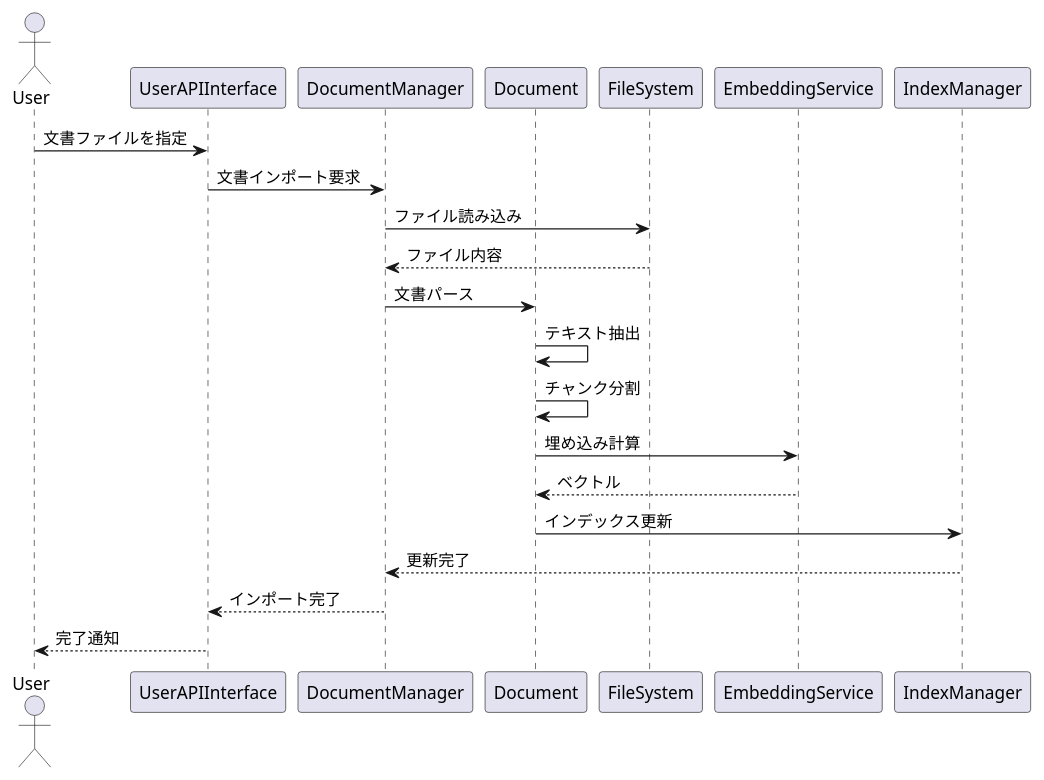
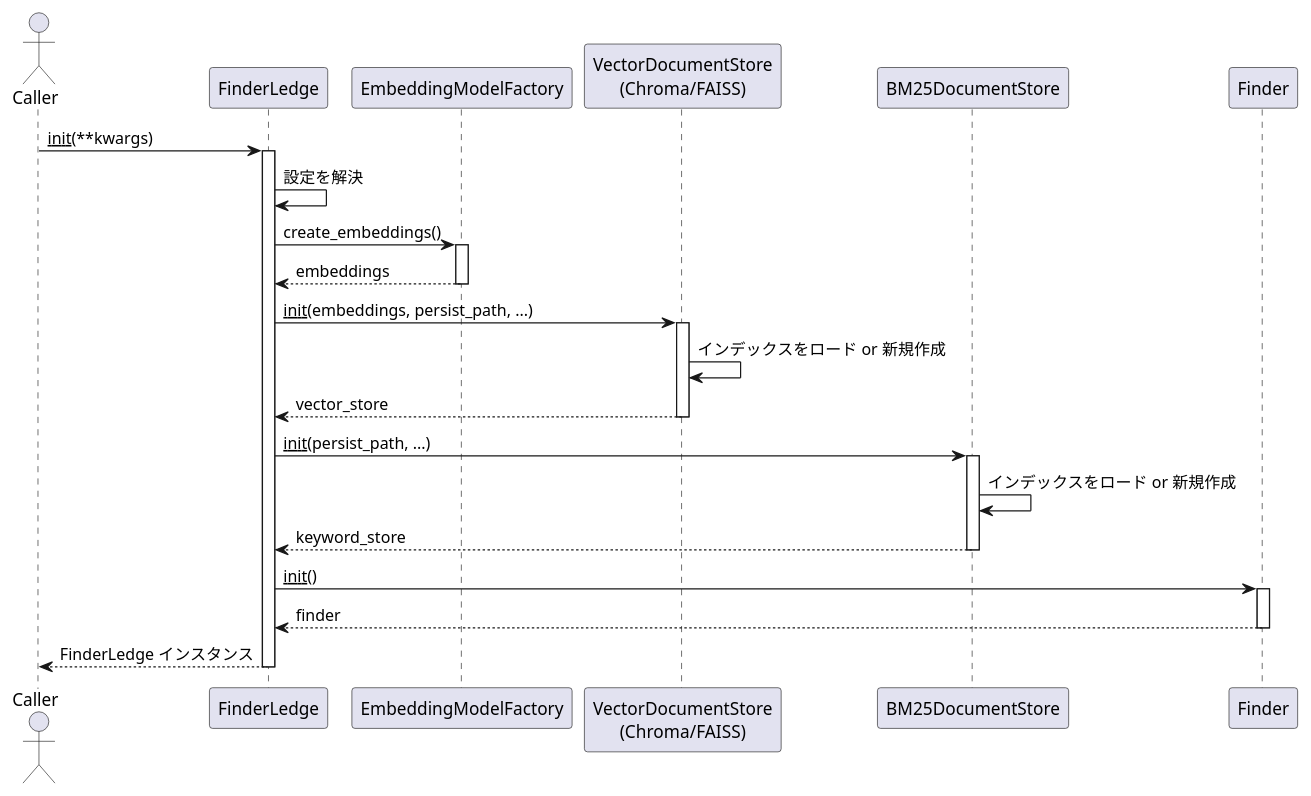
One commit to kitfactory/findaledge changed the first of 6 diagrams in docs/function_spec.md. Above: the diagram before and after it, drawn with PlantUML. The commit also changed other lines of this file and 3 other files, not shown here.

````diff
--- a/docs/function_spec.md
+++ b/docs/function_spec.md
@@ -15,25 +21,38 @@
 ```plantuml
 @startuml
-actor User
-participant "UserAPIInterface" as API
-participant "DocumentManager" as DM
-participant "Document" as Doc
-participant "FileSystem" as FS
-participant "EmbeddingService" as ES
-participant "IndexManager" as IM
+actor Caller
+participant "FinderLedge" as Ledge
+participant "EmbeddingModelFactory" as EmbedFactory
+participant "VectorDocumentStore\n(Chroma/FAISS)" as VecStore
+participant "BM25DocumentStore" as KWStore
+participant "Finder" as Finder
 
-User -> API: 文書ファイルを指定
-API -> DM: 文書インポート要求
-DM -> FS: ファイル読み込み
-FS --> DM: ファイル内容
-DM -> Doc: 文書パース
-Doc -> Doc: テキスト抽出
-Doc -> Doc: チャンク分割
-Doc -> ES: 埋め込み計算
-ES --> Doc: ベクトル
-Doc -> IM: インデックス更新
-IM --> DM: 更新完了
-DM --> API: インポート完了
-API --> User: 完了通知
+Caller -> Ledge : __init__(**kwargs)
+activate Ledge
+Ledge -> Ledge : 設定を解決
+Ledge -> EmbedFactory : create_embeddings()
+activate EmbedFactory
+EmbedFactory --> Ledge : embeddings
+deactivate EmbedFactory
+
+Ledge -> VecStore : __init__(embeddings, persist_path, ...)
+activate VecStore
+VecStore -> VecStore : インデックスをロード or 新規作成
+VecStore --> Ledge : vector_store
+deactivate VecStore
+
+Ledge -> KWStore : __init__(persist_path, ...)
+activate KWStore
+KWStore -> KWStore : インデックスをロード or 新規作成
+KWStore --> Ledge : keyword_store
+deactivate KWStore
+
+Ledge -> Finder : __init__()
+activate Finder
+Finder --> Ledge : finder
+deactivate Finder
+
+Ledge --> Caller : FinderLedge インスタンス
+deactivate Ledge
 @enduml
 ```
````
